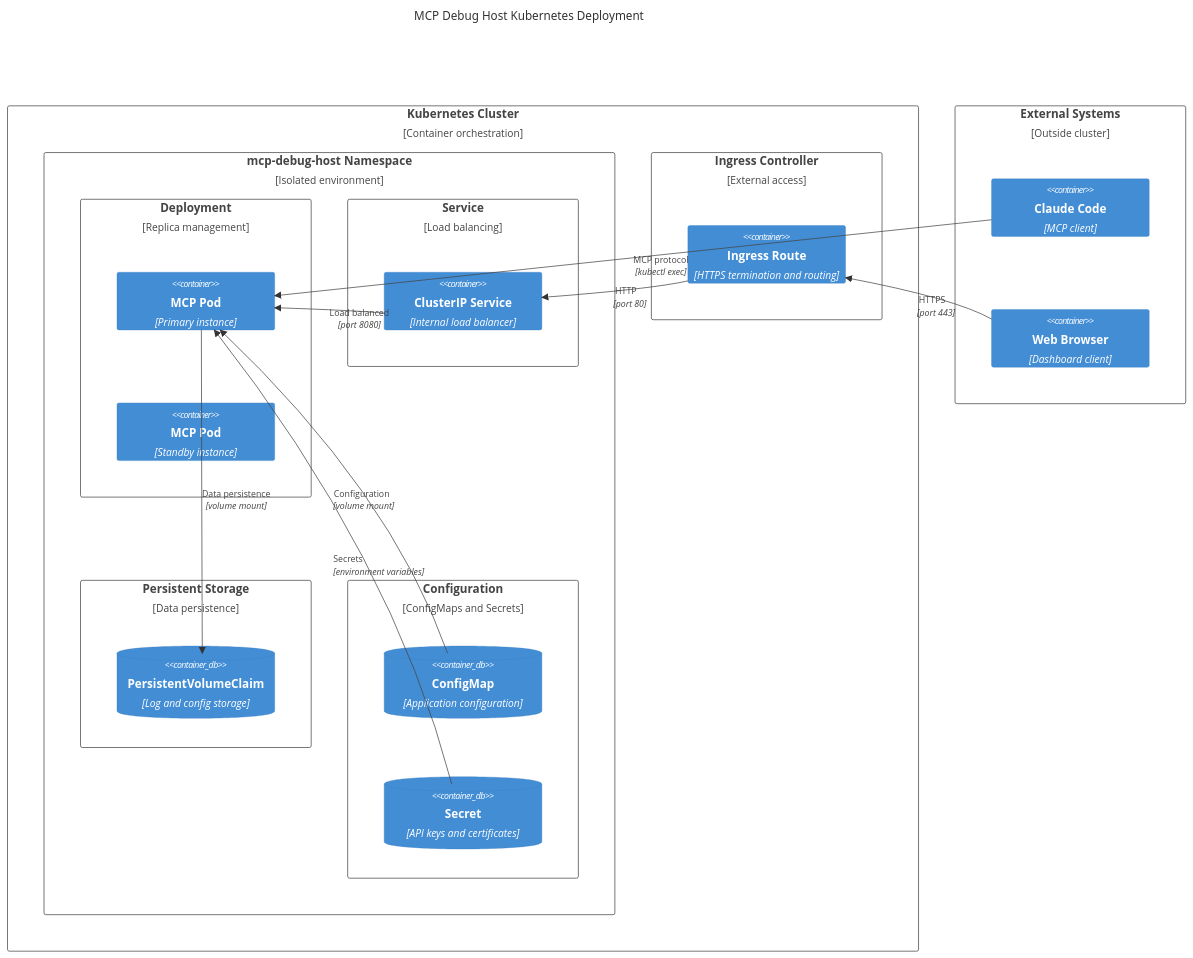
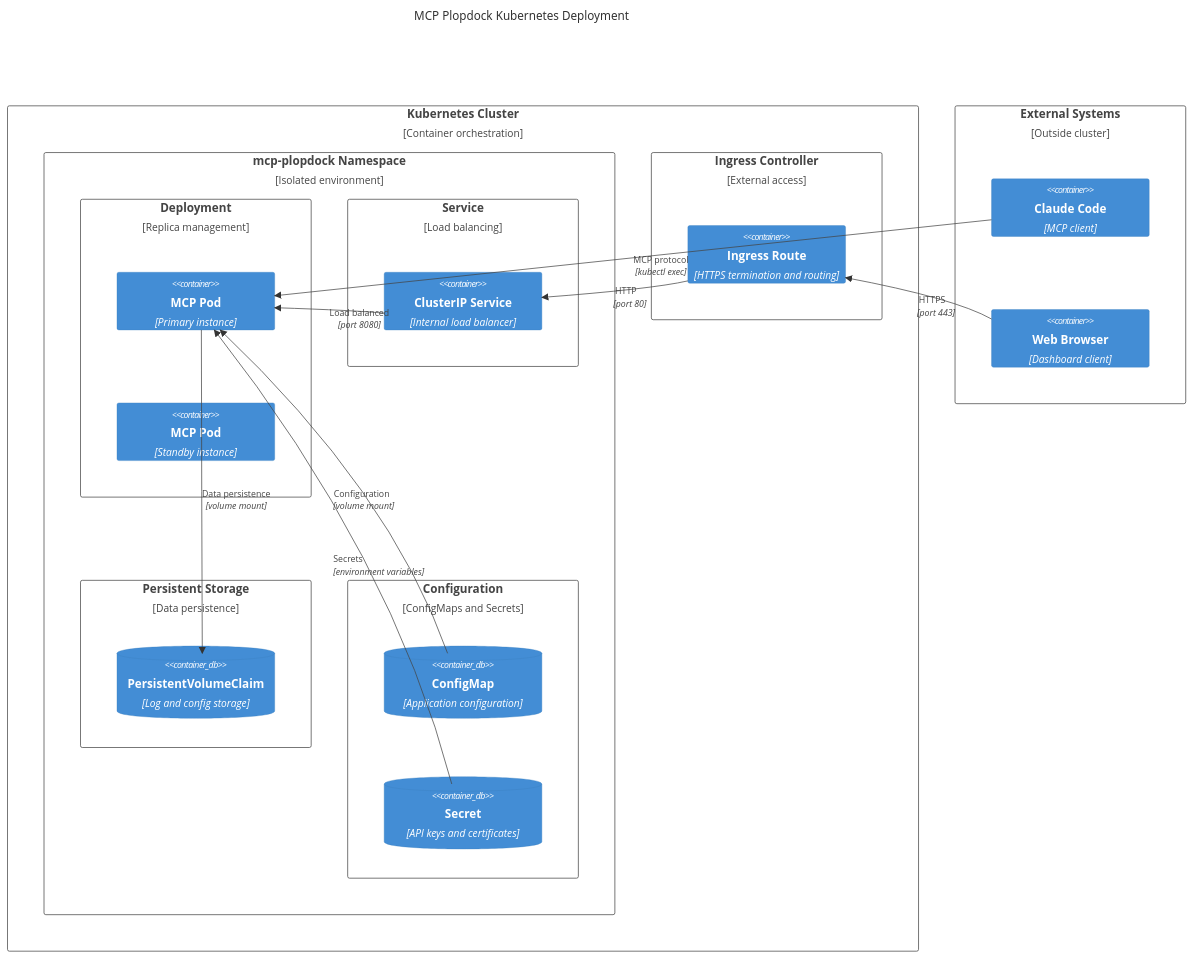
Before and after one commit to omayhemo/APM: diagram 14 of 18 in project_docs/architecture/MCP-SYSTEM-ARCHITECTURE-DIAGRAMS.md, drawn with Mermaid. The commit also changed other lines of this file and 72 other files, not shown here.

````diff
--- a/project_docs/architecture/MCP-SYSTEM-ARCHITECTURE-DIAGRAMS.md
+++ b/project_docs/architecture/MCP-SYSTEM-ARCHITECTURE-DIAGRAMS.md
@@ -480,43 +480,43 @@
 ```mermaid
 C4Deployment
-  title MCP Debug Host Kubernetes Deployment
+  title MCP Plopdock Kubernetes Deployment
   
   Deployment_Node(k8sCluster, "Kubernetes Cluster", "Container orchestration") {
-    Deployment_Node(namespace, "mcp-debug-host Namespace", "Isolated environment") {
+    Deployment_Node(namespace, "mcp-plopdock Namespace", "Isolated environment") {
       Deployment_Node(deployment, "Deployment", "Replica management") {
         Container(mcpPod1, "MCP Pod", "Primary instance")
         Container(mcpPod2, "MCP Pod", "Standby instance")
       }
       
       Deployment_Node(service, "Service", "Load balancing") {
         Container(loadBalancer, "ClusterIP Service", "Internal load balancer")
       }
       
       Deployment_Node(storage, "Persistent Storage", "Data persistence") {
         ContainerDb(pvc, "PersistentVolumeClaim", "Log and config storage")
       }
       
       Deployment_Node(config, "Configuration", "ConfigMaps and Secrets") {
         ContainerDb(configMap, "ConfigMap", "Application configuration")
         ContainerDb(secret, "Secret", "API keys and certificates")
       }
     }
     
     Deployment_Node(ingress, "Ingress Controller", "External access") {
       Container(ingressRoute, "Ingress Route", "HTTPS termination and routing")
     }
   }
   
   Deployment_Node(external, "External Systems", "Outside cluster") {
     Container(claudeCode, "Claude Code", "MCP client")
     Container(webBrowser, "Web Browser", "Dashboard client")
   }
   
   Rel(claudeCode, mcpPod1, "MCP protocol", "kubectl exec")
   Rel(webBrowser, ingressRoute, "HTTPS", "port 443")
   Rel(ingressRoute, loadBalancer, "HTTP", "port 80")
   Rel(loadBalancer, mcpPod1, "Load balanced", "port 8080")
   Rel(mcpPod1, pvc, "Data persistence", "volume mount")
   Rel(configMap, mcpPod1, "Configuration", "volume mount")
   Rel(secret, mcpPod1, "Secrets", "environment variables")
 ```
````
